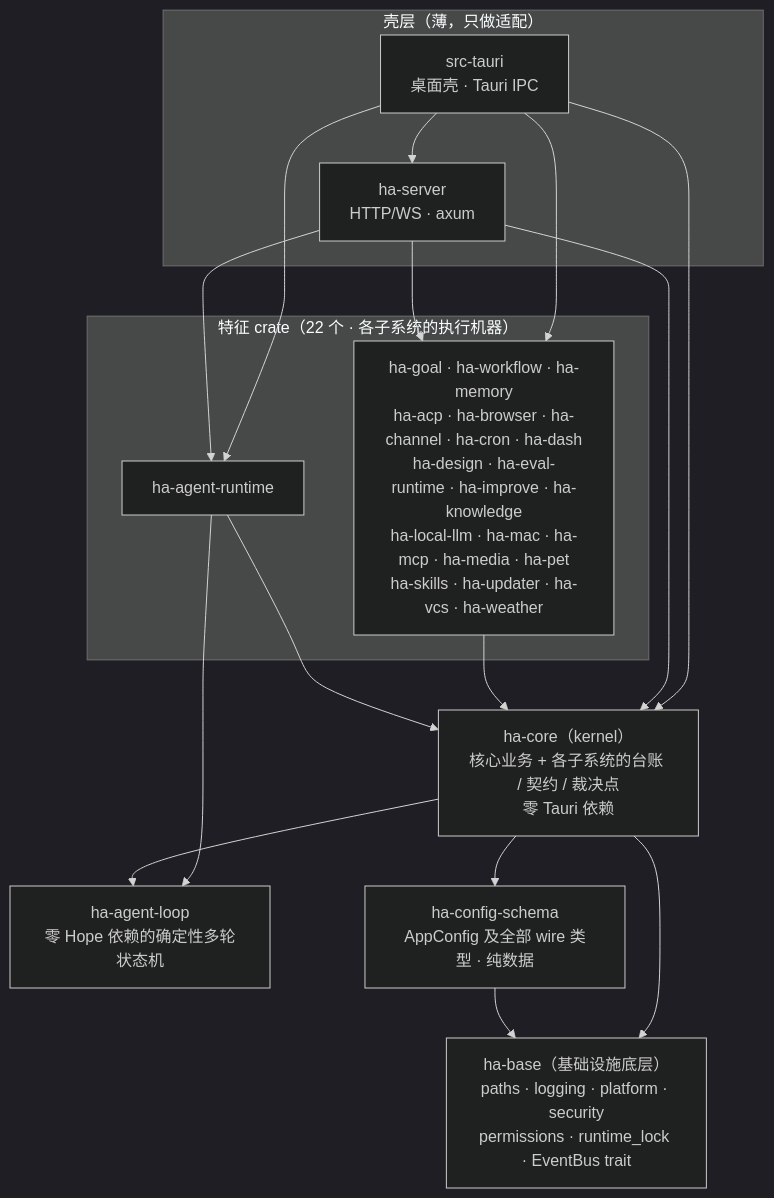
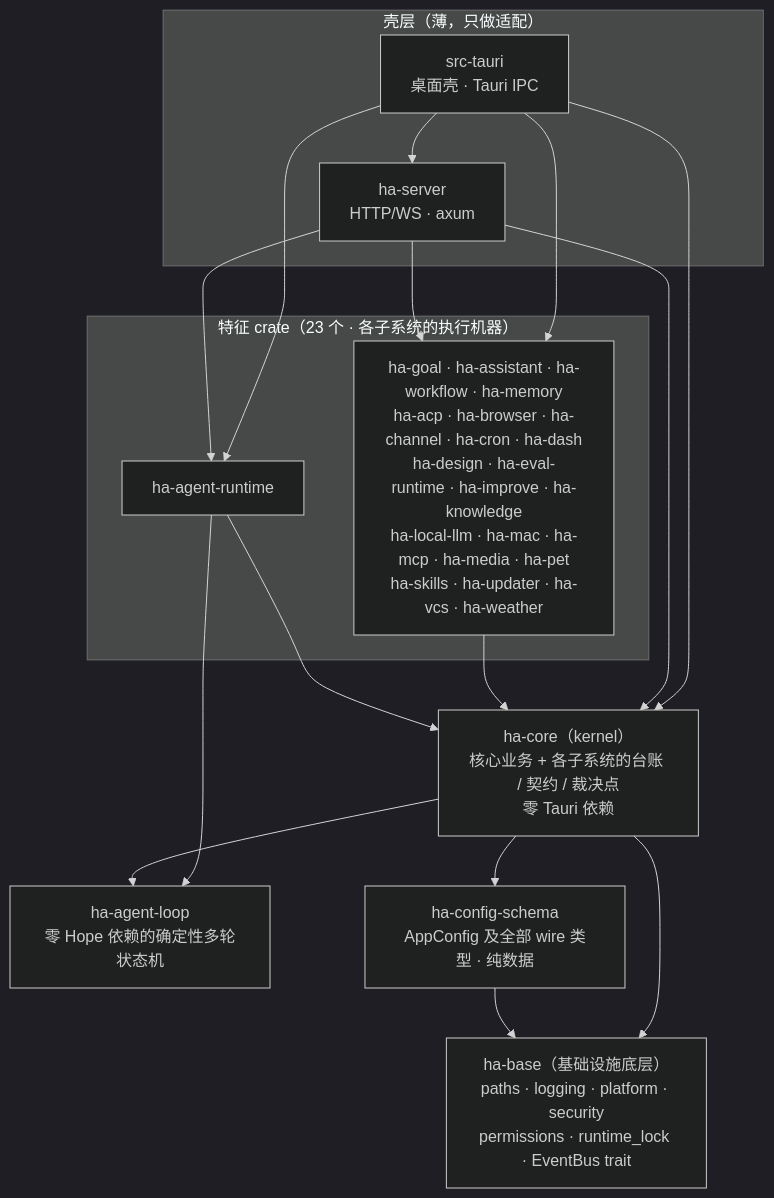
One commit to gabrielmoreira/agent-skills-mirror changed the first of 6 diagrams in mirrors/repos/shiwenwen@hope-agent/docs/architecture/system/backend-separation.md. Above: the diagram before and after it, drawn with Mermaid (dark theme). The commit also changed other lines of this file and 2832 other files, not shown here.

````diff
--- a/mirrors/repos/shiwenwen@hope-agent/docs/architecture/system/backend-separation.md
+++ b/mirrors/repos/shiwenwen@hope-agent/docs/architecture/system/backend-separation.md
@@ -23,30 +23,30 @@
 ```mermaid
 graph TD
     subgraph shells["壳层（薄，只做适配）"]
         TAURI["src-tauri<br/>桌面壳 · Tauri IPC"]
         SERVER["ha-server<br/>HTTP/WS · axum"]
     end
-    subgraph features["特征 crate（22 个 · 各子系统的执行机器）"]
+    subgraph features["特征 crate（23 个 · 各子系统的执行机器）"]
         RUNTIME["ha-agent-runtime"]
-        FEAT["ha-goal · ha-workflow · ha-memory<br/>ha-acp · ha-browser · ha-channel · ha-cron · ha-dash<br/>ha-design · ha-eval-runtime · ha-improve · ha-knowledge<br/>ha-local-llm · ha-mac · ha-mcp · ha-media · ha-pet<br/>ha-skills · ha-updater · ha-vcs · ha-weather"]
+        FEAT["ha-goal · ha-assistant · ha-workflow · ha-memory<br/>ha-acp · ha-browser · ha-channel · ha-cron · ha-dash<br/>ha-design · ha-eval-runtime · ha-improve · ha-knowledge<br/>ha-local-llm · ha-mac · ha-mcp · ha-media · ha-pet<br/>ha-skills · ha-updater · ha-vcs · ha-weather"]
     end
     KERNEL["ha-core（kernel）<br/>核心业务 + 各子系统的台账 / 契约 / 裁决点<br/>零 Tauri 依赖"]
     LOOP["ha-agent-loop<br/>零 Hope 依赖的确定性多轮状态机"]
     SCHEMA["ha-config-schema<br/>AppConfig 及全部 wire 类型 · 纯数据"]
     BASE["ha-base（基础设施底层）<br/>paths · logging · platform · security<br/>permissions · runtime_lock · EventBus trait"]
 
     TAURI --> SERVER
     TAURI --> FEAT
     TAURI --> RUNTIME
     TAURI --> KERNEL
     SERVER --> FEAT
     SERVER --> RUNTIME
     SERVER --> KERNEL
     FEAT --> KERNEL
     RUNTIME --> KERNEL
     RUNTIME --> LOOP
     KERNEL --> LOOP
     KERNEL --> SCHEMA
     KERNEL --> BASE
     SCHEMA --> BASE
 ```
````
